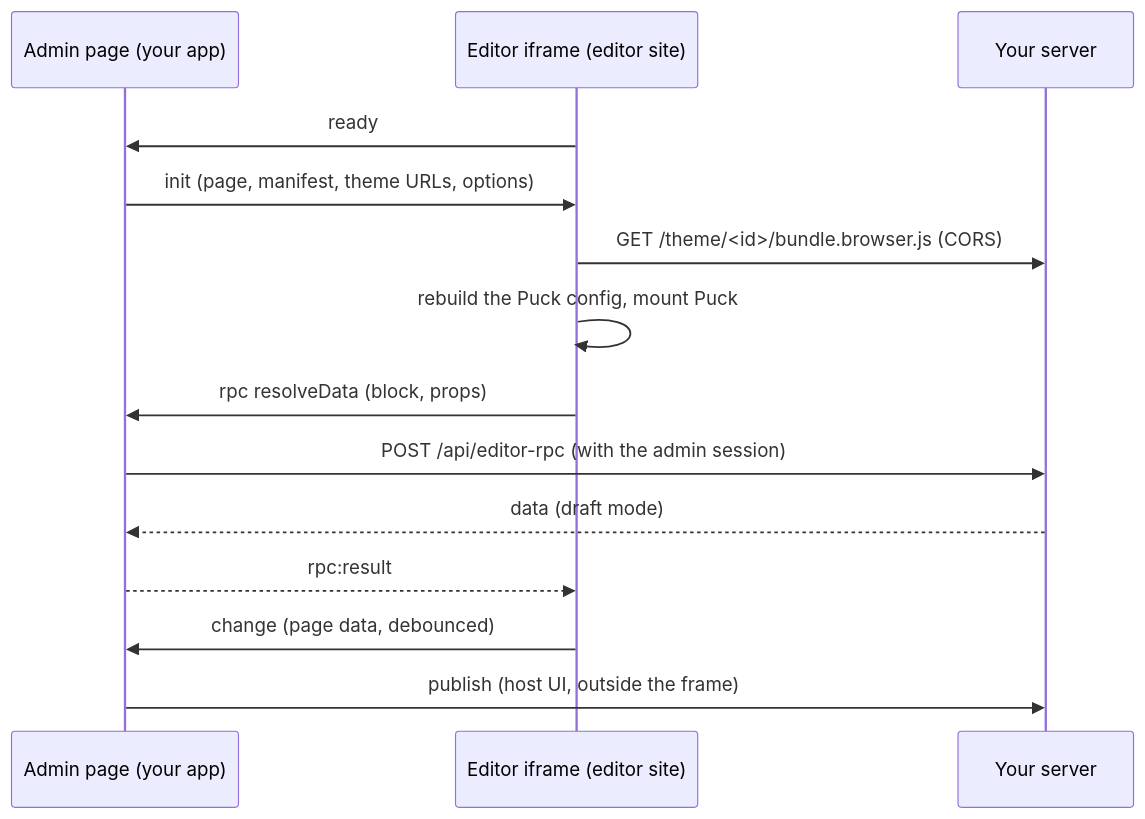
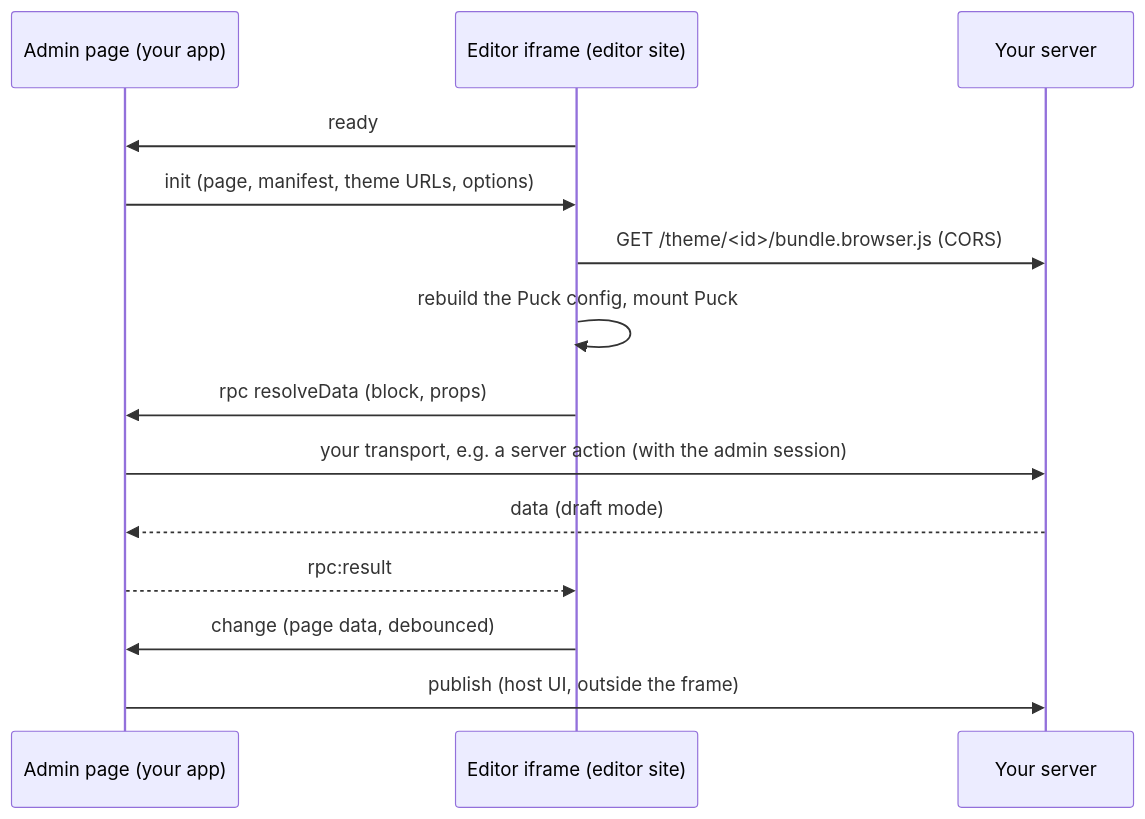
Before and after one commit to 0ctanium/puckremote: the diagram in apps/docs/content/docs/(framework)/concepts/editor.mdx, drawn with Mermaid. The commit also changed other lines of this file and 71 other files, not shown here.

First line of the commit message:
Editor as a React component; origins.host; server actions in the example

````diff
--- a/apps/docs/content/docs/(framework)/concepts/editor.mdx
+++ b/apps/docs/content/docs/(framework)/concepts/editor.mdx
@@ -11,16 +12,16 @@
 ```mermaid
 sequenceDiagram
   participant H as Admin page (your app)
   participant E as Editor iframe (editor site)
   participant S as Your server
   E->>H: ready
   H->>E: init (page, manifest, theme URLs, options)
   E->>S: GET /theme/<id>/bundle.browser.js (CORS)
   E->>E: rebuild the Puck config, mount Puck
   E->>H: rpc resolveData (block, props)
-  H->>S: POST /api/editor-rpc (with the admin session)
+  H->>S: your transport, e.g. a server action (with the admin session)
   S-->>H: data (draft mode)
   H-->>E: rpc:result
   E->>H: change (page data, debounced)
   H->>S: publish (host UI, outside the frame)
 ```
````
